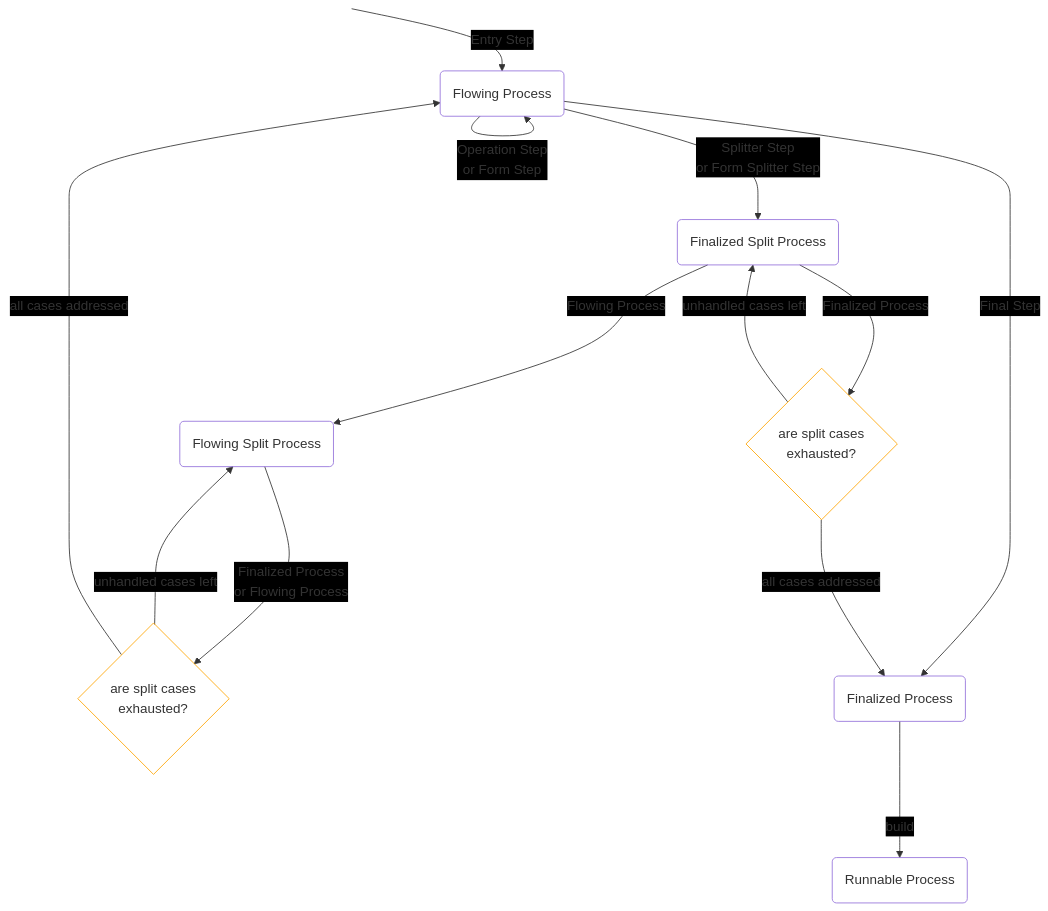
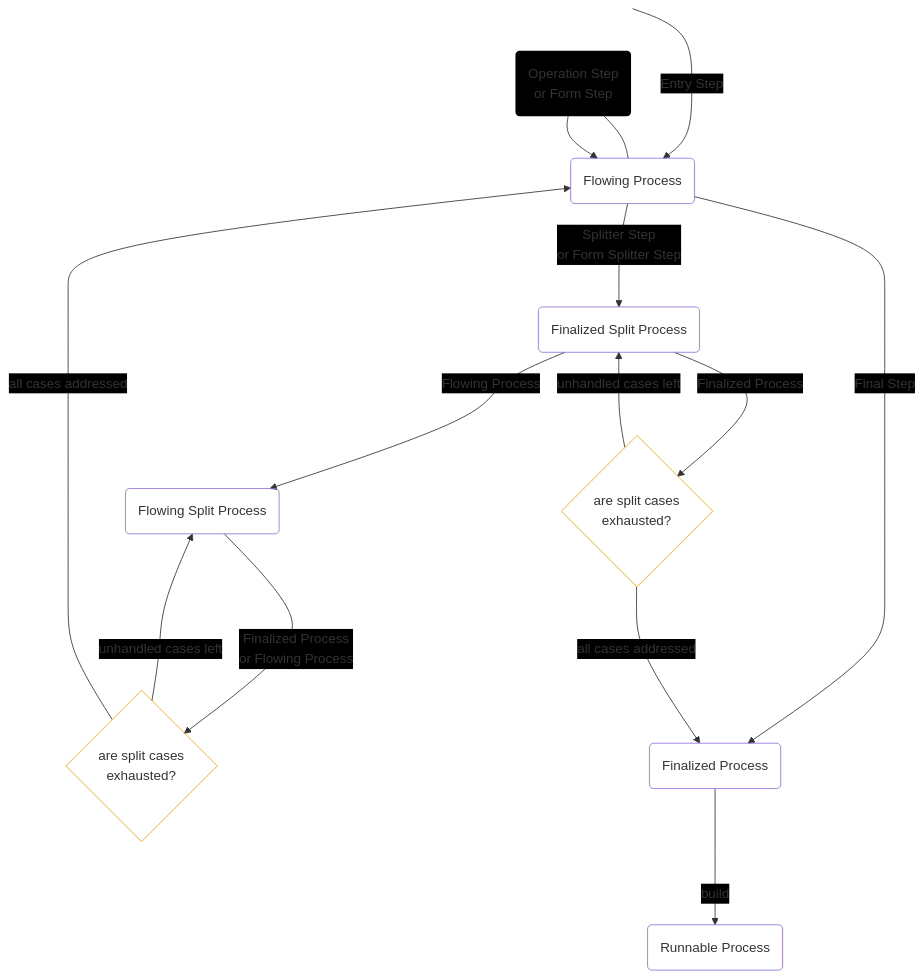
The diagram in type_process_builder/doc/process_builder_states.mmd (Only1Loatheb/brrricks), drawn with Mermaid before and after one commit. The commit also changed 1 other file, not shown here.

Commit message:
update diagram

```diff
--- a/type_process_builder/doc/process_builder_states.mmd
+++ b/type_process_builder/doc/process_builder_states.mmd
@@ -1,43 +1,46 @@
 %%{
   init: {
     'flowchart': {
       'defaultRenderer': 'tidy-tree'
     },
     'themeVariables': {
       'edgeLabelBackground': '#000000'
     }
   }
 }%%
 flowchart TD
     classDef default fill: transparent;
     classDef hidden display: none;
     classDef orangeNodeEdge stroke: orange;
+    classDef noEdge stroke: transparent, fill: black;
     Start:::hidden
     FinalizedSplitProcessSubgraph:::hidden
     subgraph FinalizedSplitProcessSubgraph
         FinalizedSplitProcess(Finalized Split Process)
         finalized_split_cases_final{are split cases<br>exhausted?}:::orangeNodeEdge
     end
     FlowingSplitProcessSubgraph:::hidden
     subgraph FlowingSplitProcessSubgraph
         FlowingSplitProcess(Flowing Split Process)
         flowing_split_cases{are split cases<br>exhausted?}:::orangeNodeEdge
     end
     FinalizedProcess(Finalized Process) -- " build " --> RunnableProcess(Runnable Process)
     Start -- " Entry Step " --> FlowingProcess(Flowing Process)
-    FlowingProcess -- " Operation Step<br>or Form Step " --> FlowingProcess
     FlowingProcess -- " Final Step " --> FinalizedProcess
     FlowingProcess -- " Splitter Step<br>or Form Splitter Step " --> FinalizedSplitProcess
+    Loop:::noEdge
+    Loop(" Operation Step<br>or Form Step ") --- FlowingProcess
+    Loop --> FlowingProcess
+    FinalizedSplitProcess -- " Flowing Process " --> FlowingSplitProcess
     FinalizedSplitProcess -- " Finalized Process " --> finalized_split_cases_final
     finalized_split_cases_final -- " unhandled cases left " --> FinalizedSplitProcess
     finalized_split_cases_final -- " all cases addressed " --> FinalizedProcess
-    FinalizedSplitProcess -- " Flowing Process " --> FlowingSplitProcess
     FlowingSplitProcess -- " Finalized Process<br>or Flowing Process " --> flowing_split_cases
     flowing_split_cases -- " unhandled cases left " --> FlowingSplitProcess
     flowing_split_cases -- " all cases addressed " --> FlowingProcess
-    Start ~~~ FlowingSplitProcess
+    Start ~~~ Loop
     click FlowingSplitProcess "https://github.com/Only1Loatheb/brrricks/blob/master/type_process_builder/src/builder/flowing_split_process.rs"
     click FlowingProcess "https://github.com/Only1Loatheb/brrricks/blob/master/type_process_builder/src/builder/flowing_process.rs"
     click FinalizedSplitProcess "https://github.com/Only1Loatheb/brrricks/blob/master/type_process_builder/src/builder/finalized_split_process.rs"
     click FinalizedProcess "https://github.com/Only1Loatheb/brrricks/blob/master/type_process_builder/src/builder/finalized_process.rs"
     click RunnableProcess "https://github.com/Only1Loatheb/brrricks/blob/master/type_process_builder/src/builder/runnable_process.rs"
```
